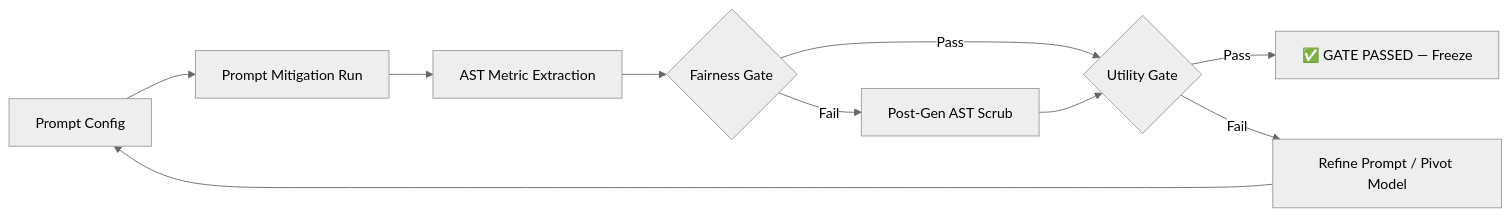
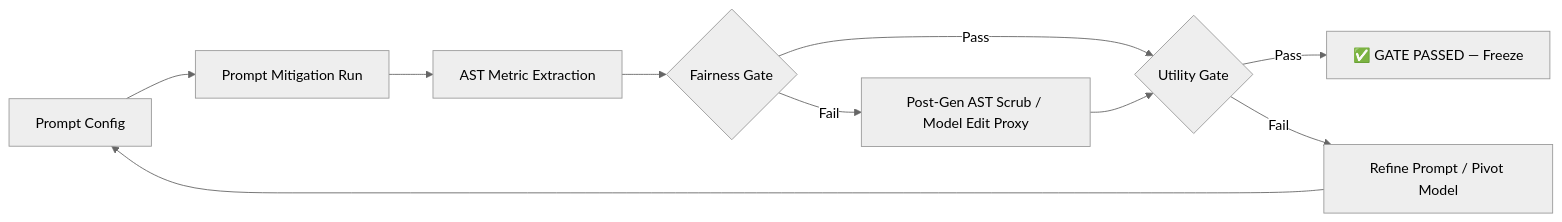
Before and after one commit to dhruba-datta/CodeAudit-X: the diagram in Codes/mitigation/README.md, drawn with Mermaid (neutral theme). The commit also changed other lines of this file and 869 other files, not shown here.

````diff
--- a/Codes/mitigation/README.md
+++ b/Codes/mitigation/README.md
@@ -7,12 +7,12 @@
 ```mermaid
 graph LR
     A[Prompt Config] --> B[Prompt Mitigation Run]
     B --> C[AST Metric Extraction]
     C --> D{Fairness Gate}
     D -->|Pass| E{Utility Gate}
-    D -->|Fail| F[Post-Gen AST Scrub]
+    D -->|Fail| F[Post-Gen AST Scrub / Model Edit Proxy]
     F --> E
     E -->|Pass| G["✅ GATE PASSED — Freeze"]
     E -->|Fail| H[Refine Prompt / Pivot Model]
     H --> A
 ```
````
